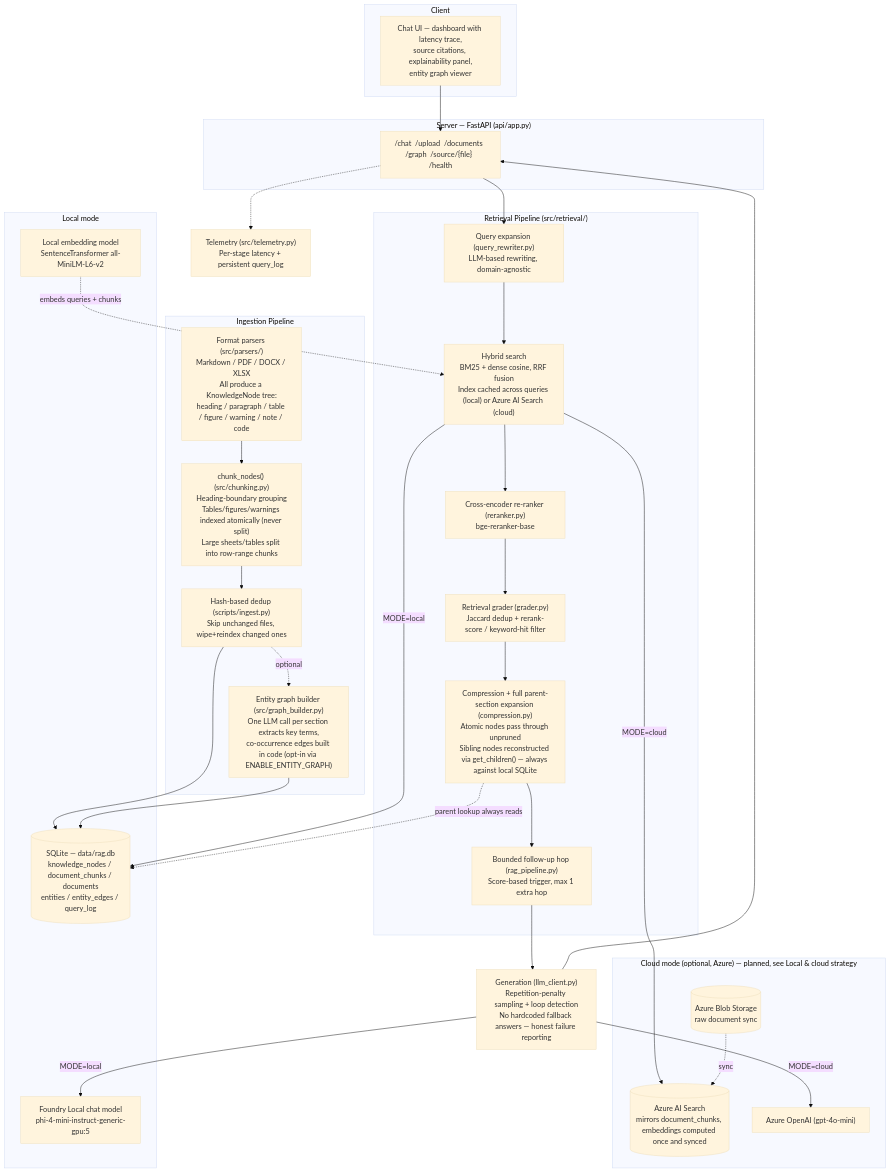
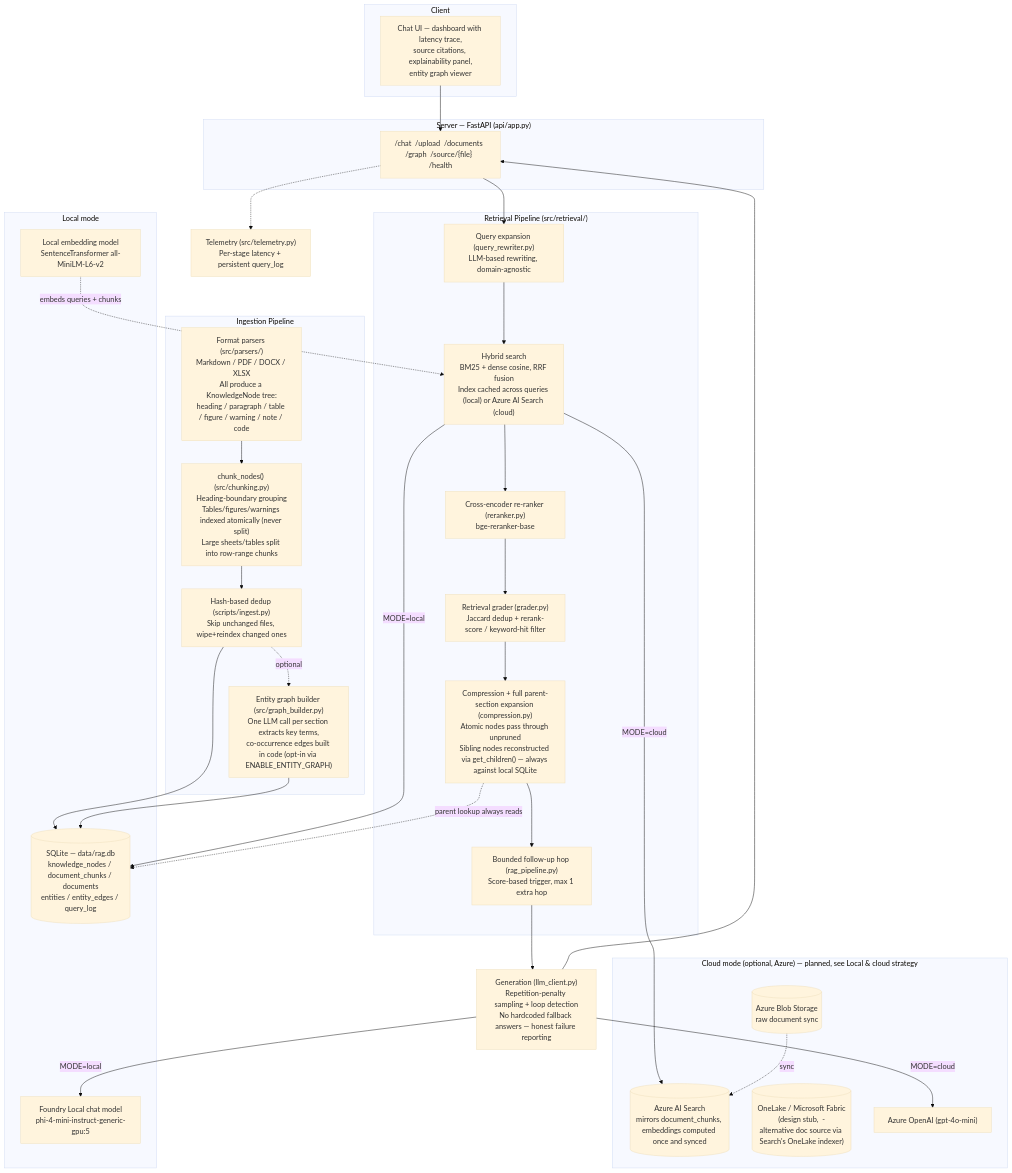
The first of 2 diagrams in README.md (MEK-0/Local-Rag-Foundry-assistant), drawn with Mermaid (base theme) before and after one commit. The commit also changed other lines of this file and 1 other file, not shown here.

First line of the commit message:
docs(azure): add OneLake integration design stub

````diff
--- a/README.md
+++ b/README.md
@@ -165,55 +174,57 @@
 ```mermaid
 flowchart TB
     subgraph Client["Client"]
         UI["Chat UI — dashboard with latency trace,\nsource citations, explainability panel,\nentity graph viewer"]
     end
 
     subgraph Server["Server — FastAPI (api/app.py)"]
         API["/chat  /upload  /documents  /graph  /source/{file}  /health"]
     end
 
     subgraph Ingestion["Ingestion Pipeline"]
         PARSE["Format parsers (src/parsers/)\nMarkdown / PDF / DOCX / XLSX\nAll produce a KnowledgeNode tree:\nheading / paragraph / table / figure / warning / note / code"]
         CHUNK["chunk_nodes() (src/chunking.py)\nHeading-boundary grouping\nTables/figures/warnings indexed atomically (never split)\nLarge sheets/tables split into row-range chunks"]
         HASH["Hash-based dedup (scripts/ingest.py)\nSkip unchanged files, wipe+reindex changed ones"]
         GRAPH["Entity graph builder (src/graph_builder.py)\nOne LLM call per section extracts key terms,\nco-occurrence edges built in code (opt-in via ENABLE_ENTITY_GRAPH)"]
     end
 
     subgraph Retrieval["Retrieval Pipeline (src/retrieval/)"]
         RW["Query expansion (query_rewriter.py)\nLLM-based rewriting, domain-agnostic"]
         HYB["Hybrid search\nBM25 + dense cosine, RRF fusion\nIndex cached across queries (local) or Azure AI Search (cloud)"]
         RR["Cross-encoder re-ranker (reranker.py)\nbge-reranker-base"]
         GR["Retrieval grader (grader.py)\nJaccard dedup + rerank-score / keyword-hit filter"]
         COMP["Compression + full parent-section expansion (compression.py)\nAtomic nodes pass through unpruned\nSibling nodes reconstructed via get_children() — always against local SQLite"]
         HOP["Bounded follow-up hop (rag_pipeline.py)\nScore-based trigger, max 1 extra hop"]
     end
 
     subgraph Local["Local mode"]
         SQL[("SQLite — data/rag.db\nknowledge_nodes / document_chunks / documents\nentities / entity_edges / query_log")]
         FL_CHAT["Foundry Local chat model\nphi-4-mini-instruct-generic-gpu:5"]
         FL_EMB["Local embedding model\nSentenceTransformer all-MiniLM-L6-v2"]
     end
 
     subgraph Cloud["Cloud mode (optional, Azure) — planned, see Local & cloud strategy"]
         AIS[("Azure AI Search\nmirrors document_chunks, embeddings computed once and synced")]
         BLOB[("Azure Blob Storage\nraw document sync")]
+        ONELAKE[("OneLake / Microsoft Fabric\n(design stub,  -\nalternative doc source via Search's OneLake indexer)")]
         AOAI["Azure OpenAI (gpt-4o-mini)"]
     end
 
     GEN["Generation (llm_client.py)\nRepetition-penalty sampling + loop detection\nNo hardcoded fallback answers — honest failure reporting"]
     TEL["Telemetry (src/telemetry.py)\nPer-stage latency + persistent query_log"]
 
     UI --> API
     PARSE --> CHUNK --> HASH --> SQL
     HASH -.optional.-> GRAPH --> SQL
     API --> RW --> HYB --> RR --> GR --> COMP --> HOP --> GEN
     HYB -->|MODE=local| SQL
     HYB -->|MODE=cloud| AIS
+    
     COMP -.parent lookup always reads.-> SQL
     FL_EMB -.embeds queries + chunks.-> HYB
     GEN -->|MODE=local| FL_CHAT
     GEN -->|MODE=cloud| AOAI
     BLOB -.sync.-> AIS
     API -.-> TEL
     GEN --> API
 ```
````
